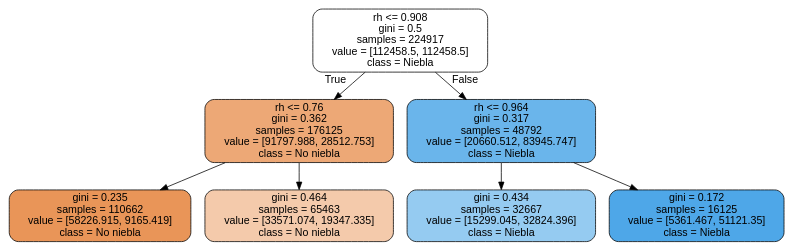
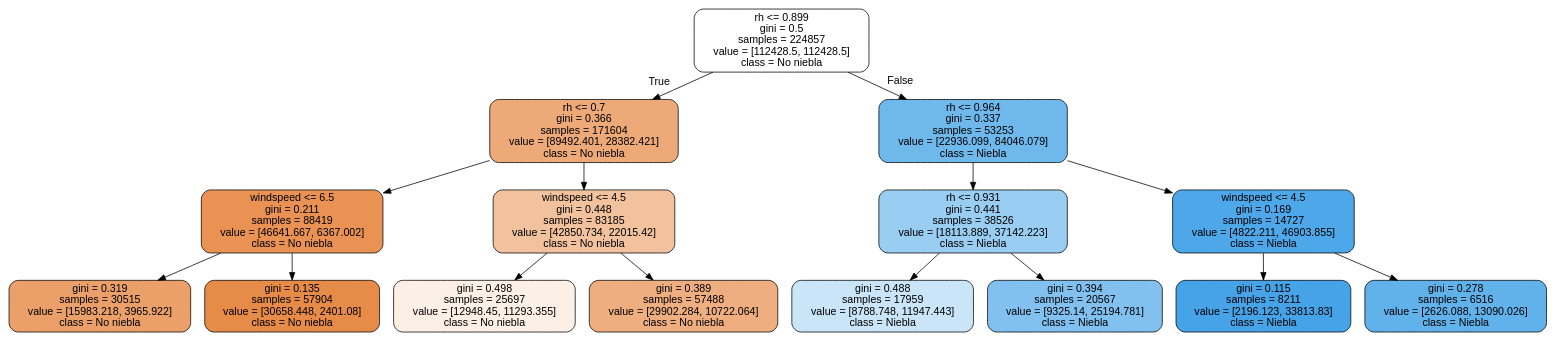
The diagram in Scripts/images/decision_trees/niebla_tree_balanceado.dot (paocorrales/arboles_y_bosques), drawn with Graphviz before and after one commit. The commit also changed 4 other files, not shown here.

```diff
--- a/Scripts/images/decision_trees/niebla_tree_balanceado.dot
+++ b/Scripts/images/decision_trees/niebla_tree_balanceado.dot
@@ -1,17 +1,33 @@
 digraph Tree {
 node [shape=box, style="filled, rounded", color="black", fontname="helvetica"] ;
 edge [fontname="helvetica"] ;
-0 [label="rh <= 0.908\ngini = 0.5\nsamples = 224917\nvalue = [112458.5, 112458.5]\nclass = Niebla", fillcolor="#ffffff"] ;
-1 [label="rh <= 0.76\ngini = 0.362\nsamples = 176125\nvalue = [91797.988, 28512.753]\nclass = No niebla", fillcolor="#eda876"] ;
+0 [label="rh <= 0.899\ngini = 0.5\nsamples = 224857\nvalue = [112428.5, 112428.5]\nclass = No niebla", fillcolor="#ffffff"] ;
+1 [label="rh <= 0.7\ngini = 0.366\nsamples = 171604\nvalue = [89492.401, 28382.421]\nclass = No niebla", fillcolor="#eda978"] ;
 0 -> 1 [labeldistance=2.5, labelangle=45, headlabel="True"] ;
-2 [label="gini = 0.235\nsamples = 110662\nvalue = [58226.915, 9165.419]\nclass = No niebla", fillcolor="#e99558"] ;
+2 [label="windspeed <= 6.5\ngini = 0.211\nsamples = 88419\nvalue = [46641.667, 6367.002]\nclass = No niebla", fillcolor="#e99254"] ;
 1 -> 2 ;
-3 [label="gini = 0.464\nsamples = 65463\nvalue = [33571.074, 19347.335]\nclass = No niebla", fillcolor="#f4caab"] ;
-1 -> 3 ;
-4 [label="rh <= 0.964\ngini = 0.317\nsamples = 48792\nvalue = [20660.512, 83945.747]\nclass = Niebla", fillcolor="#6ab5eb"] ;
-0 -> 4 [labeldistance=2.5, labelangle=-45, headlabel="False"] ;
-5 [label="gini = 0.434\nsamples = 32667\nvalue = [15299.045, 32824.396]\nclass = Niebla", fillcolor="#95cbf1"] ;
-4 -> 5 ;
-6 [label="gini = 0.172\nsamples = 16125\nvalue = [5361.467, 51121.35]\nclass = Niebla", fillcolor="#4ea7e8"] ;
-4 -> 6 ;
+3 [label="gini = 0.319\nsamples = 30515\nvalue = [15983.218, 3965.922]\nclass = No niebla", fillcolor="#eba06a"] ;
+2 -> 3 ;
+4 [label="gini = 0.135\nsamples = 57904\nvalue = [30658.448, 2401.08]\nclass = No niebla", fillcolor="#e78b49"] ;
+2 -> 4 ;
+5 [label="windspeed <= 4.5\ngini = 0.448\nsamples = 83185\nvalue = [42850.734, 22015.42]\nclass = No niebla", fillcolor="#f2c29f"] ;
+1 -> 5 ;
+6 [label="gini = 0.498\nsamples = 25697\nvalue = [12948.45, 11293.355]\nclass = No niebla", fillcolor="#fcefe6"] ;
+5 -> 6 ;
+7 [label="gini = 0.389\nsamples = 57488\nvalue = [29902.284, 10722.064]\nclass = No niebla", fillcolor="#eeae80"] ;
+5 -> 7 ;
+8 [label="rh <= 0.964\ngini = 0.337\nsamples = 53253\nvalue = [22936.099, 84046.079]\nclass = Niebla", fillcolor="#6fb8ec"] ;
+0 -> 8 [labeldistance=2.5, labelangle=-45, headlabel="False"] ;
+9 [label="rh <= 0.931\ngini = 0.441\nsamples = 38526\nvalue = [18113.889, 37142.223]\nclass = Niebla", fillcolor="#9acdf2"] ;
+8 -> 9 ;
+10 [label="gini = 0.488\nsamples = 17959\nvalue = [8788.748, 11947.443]\nclass = Niebla", fillcolor="#cbe5f8"] ;
+9 -> 10 ;
+11 [label="gini = 0.394\nsamples = 20567\nvalue = [9325.14, 25194.781]\nclass = Niebla", fillcolor="#82c1ef"] ;
+9 -> 11 ;
+12 [label="windspeed <= 4.5\ngini = 0.169\nsamples = 14727\nvalue = [4822.211, 46903.855]\nclass = Niebla", fillcolor="#4da7e8"] ;
+8 -> 12 ;
+13 [label="gini = 0.115\nsamples = 8211\nvalue = [2196.123, 33813.83]\nclass = Niebla", fillcolor="#46a3e7"] ;
+12 -> 13 ;
+14 [label="gini = 0.278\nsamples = 6516\nvalue = [2626.088, 13090.026]\nclass = Niebla", fillcolor="#61b1ea"] ;
+12 -> 14 ;
 }
```
